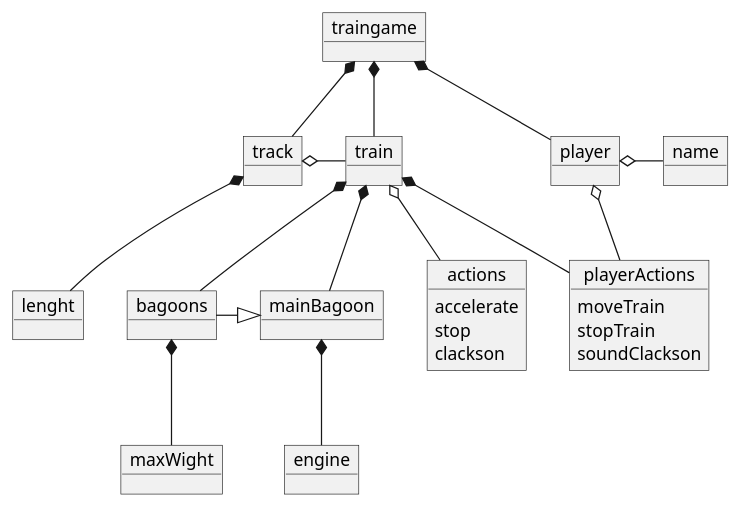
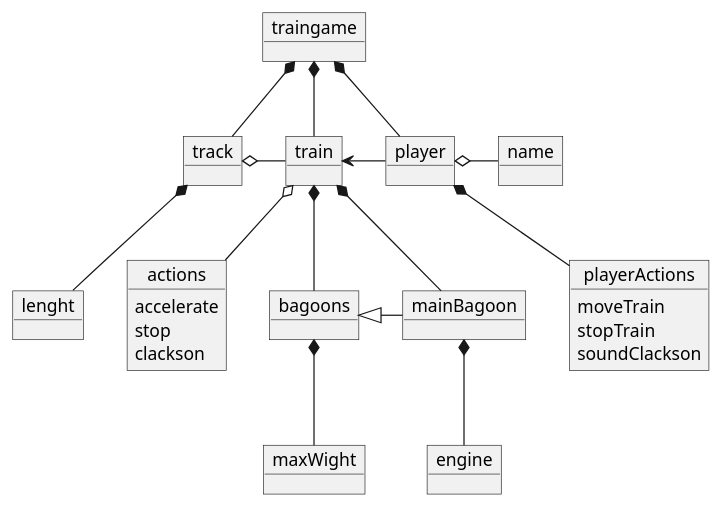
Before and after one commit to andrescordovatelus/trainGame: the diagram in docs/traingame.wsd, drawn with PlantUML. The commit also changed 6 other files, not shown here.

```diff
--- a/docs/traingame.wsd
+++ b/docs/traingame.wsd
@@ -1,45 +1,45 @@
 @startuml traingame
 
 object traingame
     object track
         object lenght
     object train
         object bagoons
             object maxWight
         object mainBagoon
             object engine
         object actions{
             accelerate
             stop
             clackson
         }
     object player
         object name
         object playerActions{
             moveTrain
             stopTrain
             soundClackson
         }
 
 traingame *-- track
 traingame *-- train
 traingame *-- player
 
 track *-- lenght
 track o-right- train
 
 train *-- bagoons
 train *-- mainBagoon
 
 bagoons *-- maxWight
 
 mainBagoon *-- engine
-mainBagoon <|-left- bagoons
+mainBagoon -left-|> bagoons
 
 train o-- actions
-train *-- playerActions
+player *-- playerActions
 
 player o-right- name
-player o-- playerActions
+player -left-> train
 
 @enduml
```
